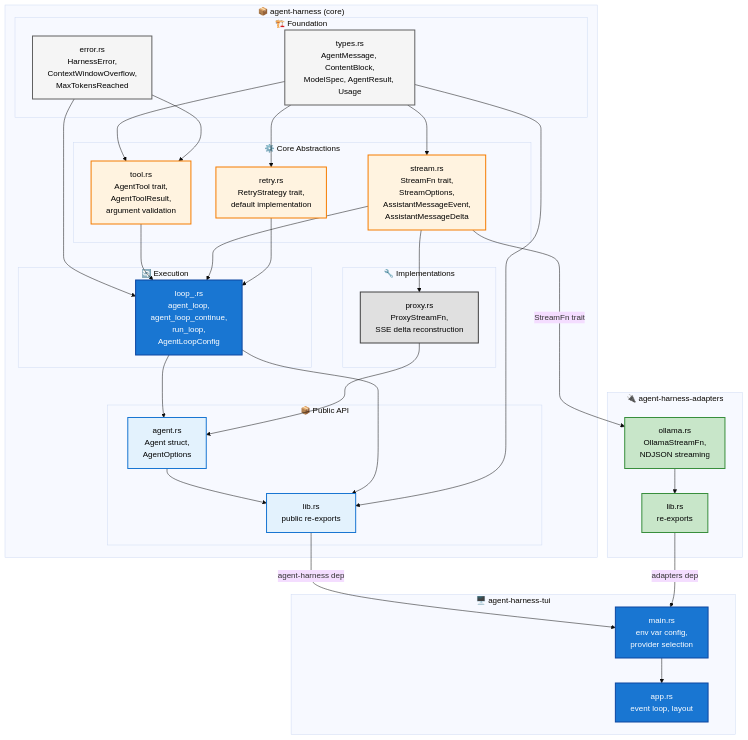
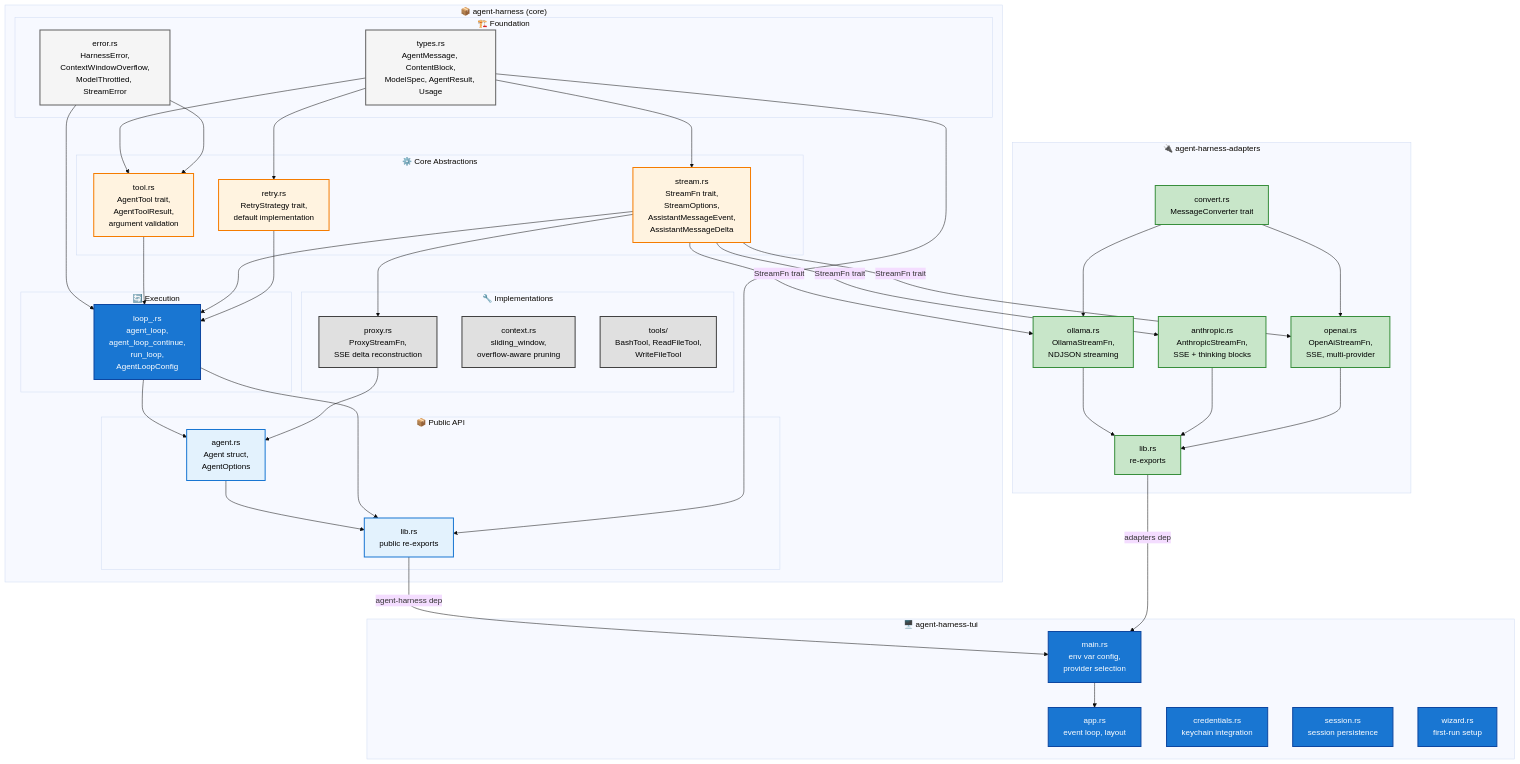
One commit to SuperSwinkAI/Swink-Agent changed the fourth of 5 diagrams in docs/architecture/HLD.md. Above: the diagram before and after it, drawn with Mermaid (base theme). The commit also changed other lines of this file and 22 other files, not shown here.

````diff
--- a/docs/architecture/HLD.md
+++ b/docs/architecture/HLD.md
@@ -246,7 +252,7 @@
     subgraph CoreCrate["📦 agent-harness (core)"]
         subgraph FoundationLayer["🏗️ Foundation"]
             types["types.rs<br/>AgentMessage, ContentBlock,<br/>ModelSpec, AgentResult, Usage"]
-            error["error.rs<br/>HarnessError,<br/>ContextWindowOverflow,<br/>MaxTokensReached"]
+            error["error.rs<br/>HarnessError,<br/>ContextWindowOverflow,<br/>ModelThrottled, StreamError"]
         end
 
         subgraph CoreLayer["⚙️ Core Abstractions"]
@@ -257,6 +263,8 @@
 
         subgraph ImplLayer["🔧 Implementations"]
             proxy["proxy.rs<br/>ProxyStreamFn,<br/>SSE delta reconstruction"]
+            context["context.rs<br/>sliding_window,<br/>overflow-aware pruning"]
+            builtintools["tools/<br/>BashTool, ReadFileTool,<br/>WriteFileTool"]
         end
 
         subgraph ExecutionLayer["🔄 Execution"]
@@ -272,11 +280,17 @@
     subgraph AdaptersCrate["🔌 agent-harness-adapters"]
         adapters_lib["lib.rs<br/>re-exports"]
         ollama["ollama.rs<br/>OllamaStreamFn,<br/>NDJSON streaming"]
+        anthropic["anthropic.rs<br/>AnthropicStreamFn,<br/>SSE + thinking blocks"]
+        openai["openai.rs<br/>OpenAiStreamFn,<br/>SSE, multi-provider"]
+        convert["convert.rs<br/>MessageConverter trait"]
     end
 
     subgraph TUICrate["🖥️ agent-harness-tui"]
         tui_main["main.rs<br/>env var config,<br/>provider selection"]
         tui_app["app.rs<br/>event loop, layout"]
+        tui_creds["credentials.rs<br/>keychain integration"]
+        tui_session["session.rs<br/>session persistence"]
+        tui_wizard["wizard.rs<br/>first-run setup"]
     end
 
     types --> tool
@@ -295,7 +309,13 @@
     types --> lib
 
     stream -->|"StreamFn trait"| ollama
+    stream -->|"StreamFn trait"| anthropic
+    stream -->|"StreamFn trait"| openai
     ollama --> adapters_lib
+    anthropic --> adapters_lib
+    openai --> adapters_lib
+    convert --> ollama
+    convert --> openai
 
     lib -->|"agent-harness dep"| tui_main
     adapters_lib -->|"adapters dep"| tui_main
@@ -311,9 +331,9 @@
 
     class types,error foundationStyle
     class tool,stream,retry coreStyle
-    class proxy implStyle
+    class proxy,context,builtintools implStyle
     class loop_ execStyle
     class agent,lib apiStyle
-    class adapters_lib,ollama adapterStyle
-    class tui_main,tui_app tuiStyle
+    class adapters_lib,ollama,anthropic,openai,convert adapterStyle
+    class tui_main,tui_app,tui_creds,tui_session,tui_wizard tuiStyle
 ```
````
